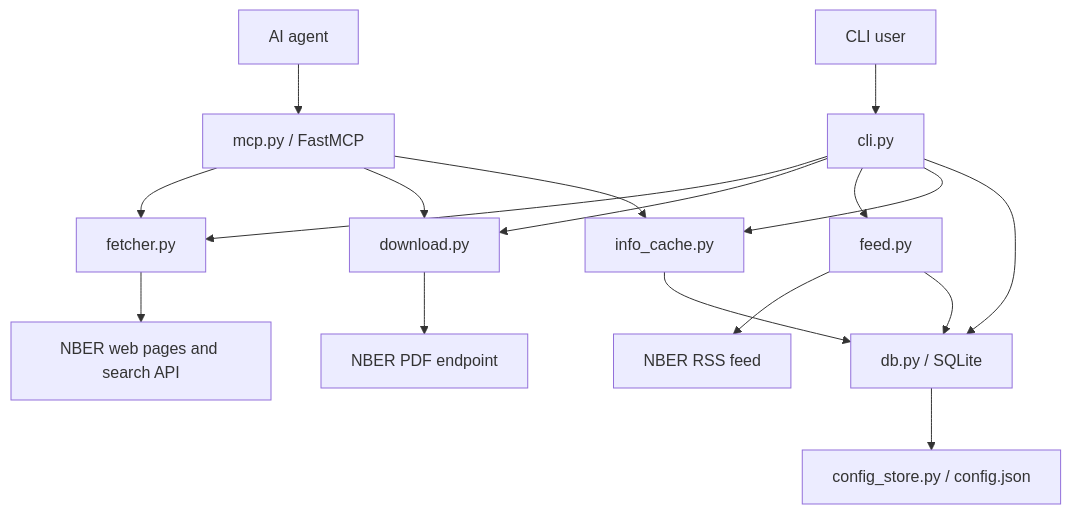
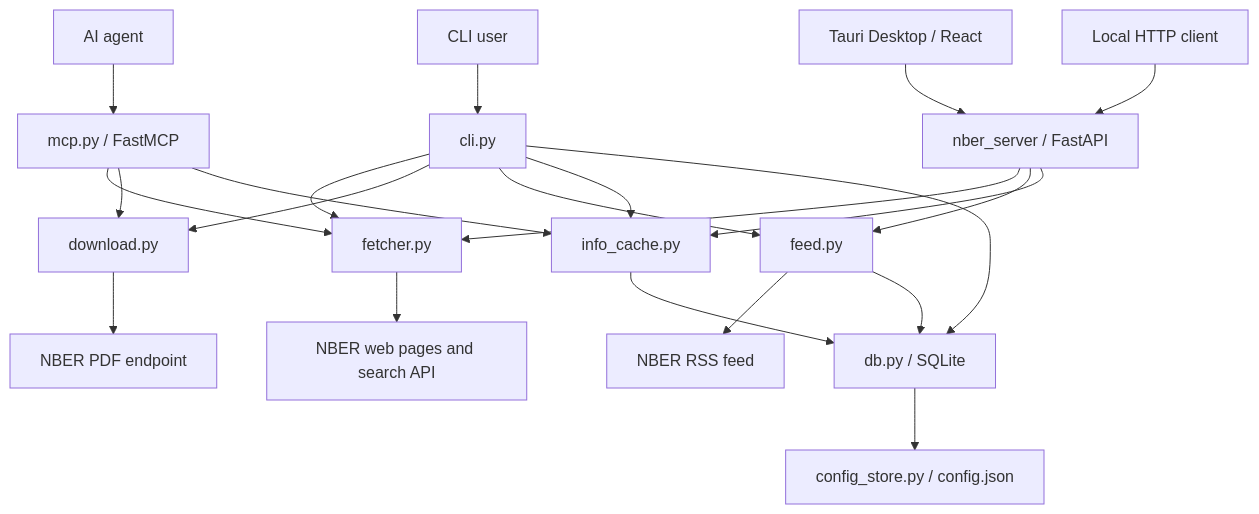
The diagram in docs/en/architecture.md (SepineTam/NBER-CLI), drawn with Mermaid before and after one commit. The commit also changed other lines of this file and 38 other files, not shown here.

````diff
--- a/docs/en/architecture.md
+++ b/docs/en/architecture.md
@@ -7,19 +7,24 @@
 ```mermaid
 flowchart TD
     user[CLI user] --> cli[cli.py]
     agent[AI agent] --> mcp[mcp.py / FastMCP]
+    desktop[Tauri Desktop / React] --> server[nber_server / FastAPI]
+    local[Local HTTP client] --> server
     cli --> fetcher[fetcher.py]
     cli --> download[download.py]
     cli --> feed[feed.py]
     cli --> cache[info_cache.py]
     mcp --> fetcher
     mcp --> download
     mcp --> cache
+    server --> fetcher
+    server --> feed
+    server --> cache
     fetcher --> nber[NBER web pages and search API]
     download --> pdf[NBER PDF endpoint]
     feed --> rss[NBER RSS feed]
     cache --> db[db.py / SQLite]
     feed --> db
     cli --> db
     db --> config[config_store.py / config.json]
 ```
````
